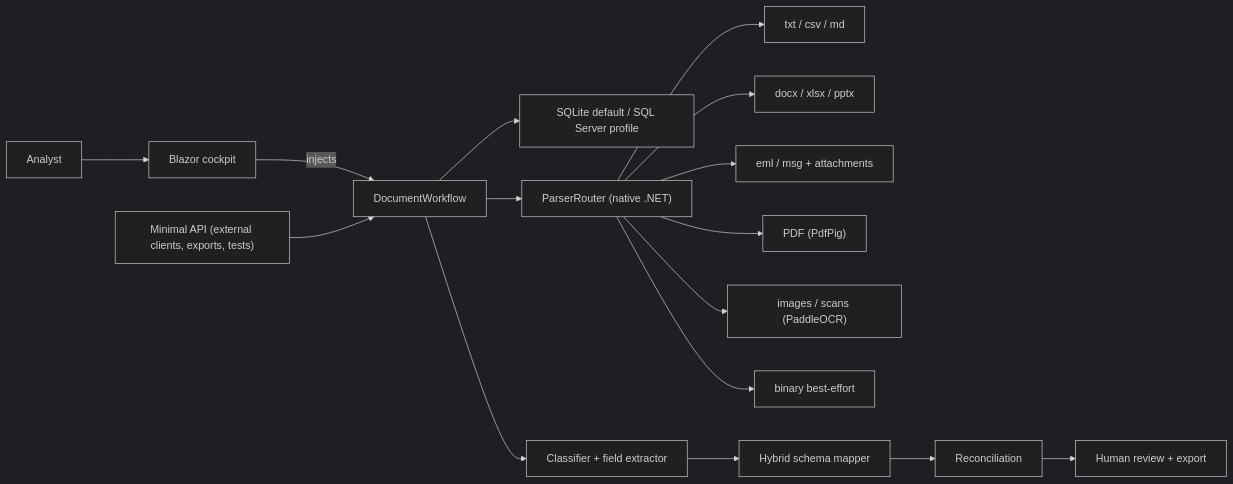
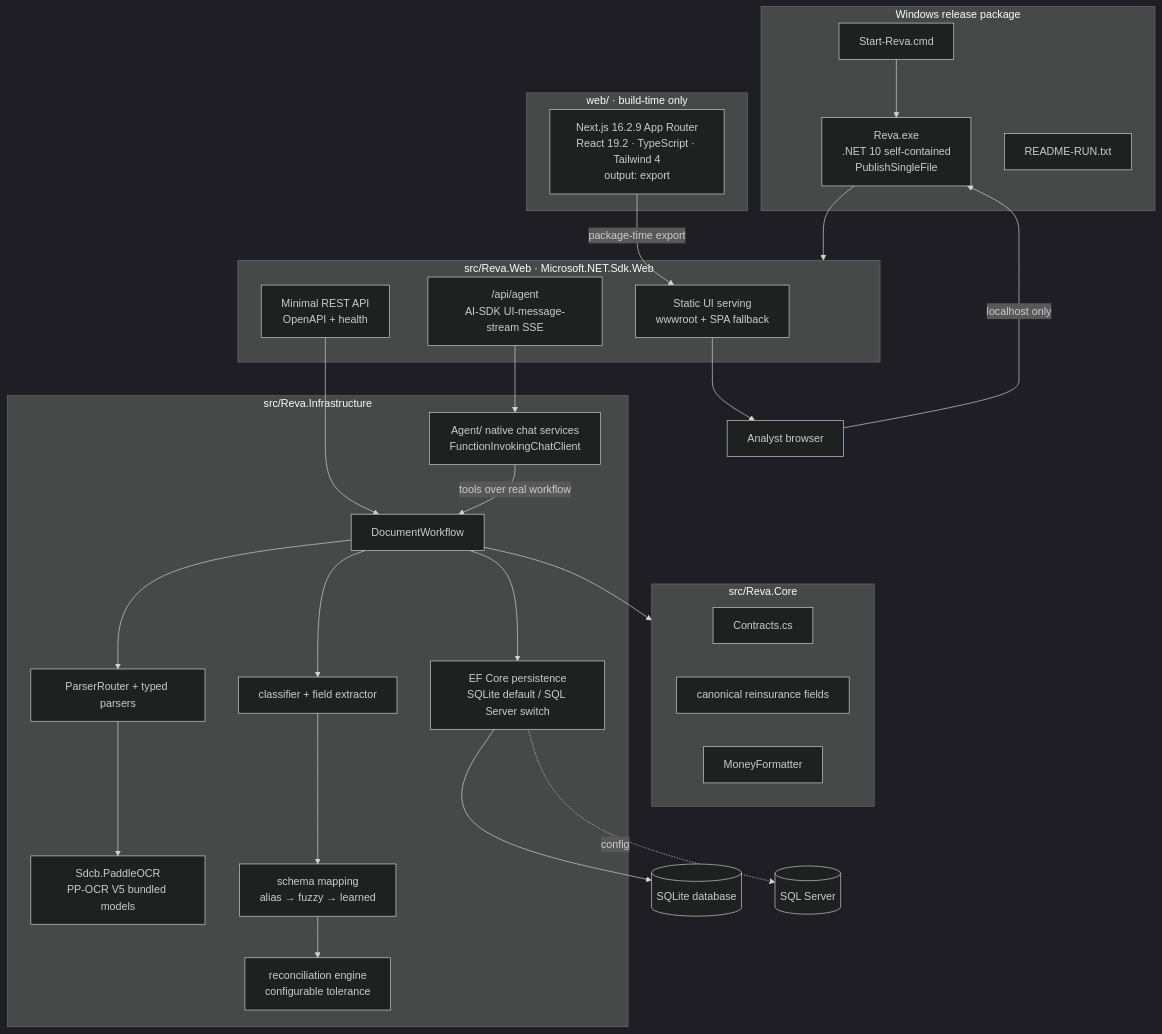
One commit to xt0n1-t3ch/Reva changed the first of 2 diagrams in docs/architecture.md. Above: the diagram before and after it, drawn with Mermaid (dark theme). The commit also changed other lines of this file and 10 other files, not shown here.

````diff
--- a/docs/architecture.md
+++ b/docs/architecture.md
@@ -11,18 +7,50 @@
 ```mermaid
-flowchart LR
-  Analyst["Analyst"] --> UI["Blazor cockpit"]
-  UI -->|injects| Workflow["DocumentWorkflow"]
-  API["Minimal API (external clients, exports, tests)"] --> Workflow
-  Workflow --> Store["SQLite default / SQL Server profile"]
-  Workflow --> Router["ParserRouter (native .NET)"]
-  Router --> Text["txt / csv / md"]
-  Router --> Office["docx / xlsx / pptx"]
-  Router --> Email["eml / msg + attachments"]
-  Router --> Pdf["PDF (PdfPig)"]
-  Router --> Ocr["images / scans (PaddleOCR)"]
-  Router --> Fallback["binary best-effort"]
-  Workflow --> Extractor["Classifier + field extractor"]
-  Extractor --> Mapper["Hybrid schema mapper"]
-  Mapper --> Reconcile["Reconciliation"]
-  Reconcile --> Review["Human review + export"]
+flowchart TB
+  subgraph Release["Windows release package"]
+    Exe["Reva.exe<br/>.NET 10 self-contained<br/>PublishSingleFile"]
+    Cmd["Start-Reva.cmd"]
+    RunReadme["README-RUN.txt"]
+  end
+
+  subgraph Host["src/Reva.Web · Microsoft.NET.Sdk.Web"]
+    Static["Static UI serving<br/>wwwroot + SPA fallback"]
+    Rest["Minimal REST API<br/>OpenAPI + health"]
+    AgentEndpoint["/api/agent<br/>AI-SDK UI-message-stream SSE"]
+  end
+
+  subgraph Web["web/ · build-time only"]
+    Next["Next.js 16.2.9 App Router<br/>React 19.2 · TypeScript · Tailwind 4<br/>output: export"]
+  end
+
+  subgraph Core["src/Reva.Core"]
+    Contracts["Contracts.cs"]
+    Fields["canonical reinsurance fields"]
+    Money["MoneyFormatter"]
+  end
+
+  subgraph Infra["src/Reva.Infrastructure"]
+    Workflow["DocumentWorkflow"]
+    Router["ParserRouter + typed parsers"]
+    OCR["Sdcb.PaddleOCR<br/>PP-OCR V5 bundled models"]
+    Extract["classifier + field extractor"]
+    Mapping["schema mapping<br/>alias → fuzzy → learned"]
+    Reconcile["reconciliation engine<br/>configurable tolerance"]
+    Agent["Agent/ native chat services<br/>FunctionInvokingChatClient"]
+    Persistence["EF Core persistence<br/>SQLite default / SQL Server switch"]
+  end
+
+  Browser["Analyst browser"] -->|localhost only| Exe
+  Cmd --> Exe
+  Exe --> Host
+  Next -->|package-time export| Static
+  Static --> Browser
+  Rest --> Workflow
+  AgentEndpoint --> Agent
+  Agent -->|tools over real workflow| Workflow
+  Workflow --> Router --> OCR
+  Workflow --> Extract --> Mapping --> Reconcile
+  Workflow --> Persistence
+  Workflow --> Core
+  Persistence --> Db[("SQLite database")]
+  Persistence -. config .-> SqlServer[("SQL Server")]
 ```
````
